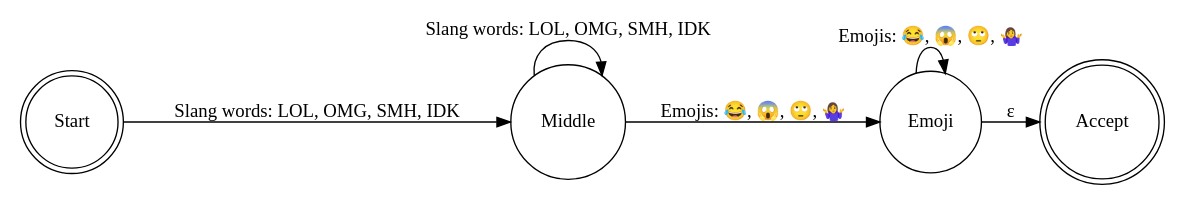
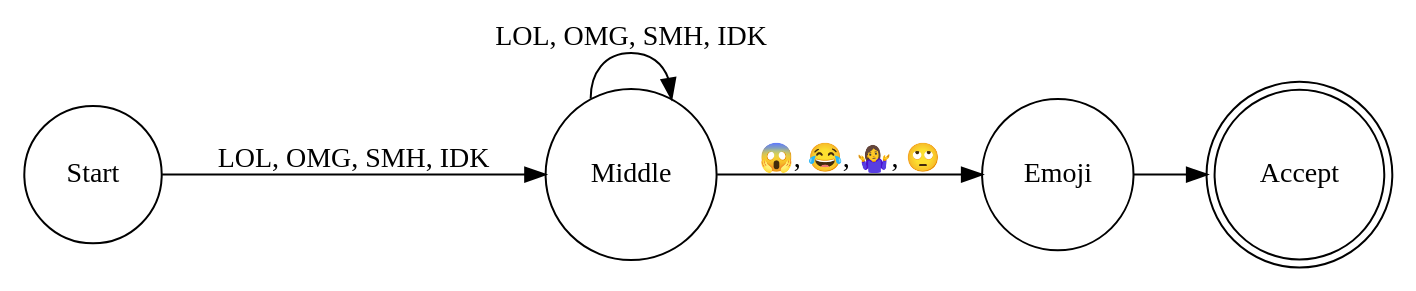
One commit to navyan02/SlangOGi changed the diagram in dfa.dot. Above: the diagram before and after it, drawn with Graphviz.

```diff
--- a/dfa.dot
+++ b/dfa.dot
@@ -1,29 +1,15 @@
-digraph DFA { 
-    // Begin the definition of a directed graph for a DFA (Deterministic Finite Automaton)
-    rankdir=LR; 
-    // Specify that the graph should be laid out from left to right (LR)
+digraph DFA {
+    rankdir=LR;  // Specify the layout direction of the graph as left to right
 
-    size="8,5";
-    // Set the approximate size of the graph canvas (8 units wide by 5 units tall)
+    // Define the states of the DFA
+    Start [shape=circle, label="Start"];
+    Middle [shape=circle, label="Middle"];
+    Emoji [shape=circle, label="Emoji"];
+    Accept [shape=doublecircle, label="Accept"];
 
-    node [shape = doublecircle]; Start Accept; 
-    // Define the `Start` and `Accept` nodes as accepting states (double circles)
-
-    node [shape = circle]; 
-    // Define all subsequent nodes as regular states (single circles)
-
-    Start -> Middle [label="Slang words: LOL, OMG, SMH, IDK"]; 
-    // Define a transition from the `Start` state to the `Middle` state when encountering abbreviations (LOL, OMG, SMH, IDK)
-
-    Middle -> Middle [label="Slang words: LOL, OMG, SMH, IDK"]; 
-    // Define a self-loop on the `Middle` state for repeated abbreviations (LOL, OMG, SMH, IDK)
-
-    Middle -> Emoji [label="Emojis: 😂, 😱, 🙄, 🤷‍♀️"]; 
-    // Define a transition from the `Middle` state to the `Emoji` state when encountering an emoji (😂, 😱, 🙄, 🤷‍♀️)
-
-    Emoji -> Emoji [label="Emojis: 😂, 😱, 🙄, 🤷‍♀️"]; 
-    // Define a self-loop on the `Emoji` state for repeated emojis (😂, 😱, 🙄, 🤷‍♀️)
-
-    Emoji -> Accept [label="ε"]; 
-    // Define a transition from the `Emoji` state to the `Accept` state for an empty string (ε), marking the end of the input
+    // Define the transitions between states
+    Start -> Middle [label="LOL, OMG, SMH, IDK"];  // Transition from the Start state to Middle for specific abbreviations
+    Middle -> Middle [label="LOL, OMG, SMH, IDK"];  // Self-loop on Middle for repeated abbreviations
+    Middle -> Emoji [label="😱, 😂, 🤷‍♀️, 🙄"];     // Transition from Middle to Emoji for specific emojis
+    Emoji -> Accept [label=""];                     // Transition from Emoji to Accept with an empty label (ε)
 }
```
